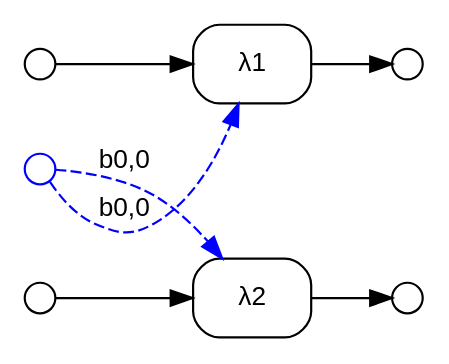
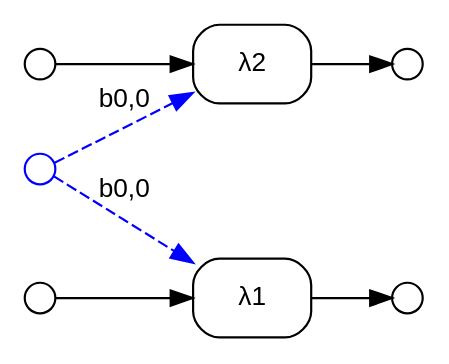
The diagram in safety_unsafe_bound_multiple_edges.dot (ammatsui/bhypvis), drawn with Graphviz before and after one commit. The commit also changed other lines of this file and 734 other files, not shown here.

```diff
--- a/safety_unsafe_bound_multiple_edges.dot
+++ b/safety_unsafe_bound_multiple_edges.dot
@@ -1,28 +1,28 @@
 digraph G {
   fontname="Helvetica"
   fontsize=12
   rankdir=LR;
   node [fontname="Helvetica", fontsize=12];
   edge [fontname="Helvetica", fontsize=12];
 
   // Nodes
+  n2 [label="", shape=circle, style=filled, fillcolor=white, color="black", width=0.2, height=0.2, fixedsize=true];
+  n0 [label="", shape=circle, style=filled, fillcolor=white, color="blue", width=0.2, height=0.2, fixedsize=true];
+  n3 [label="", shape=circle, style=filled, fillcolor=white, color="black", width=0.2, height=0.2, fixedsize=true];
+  n4 [label="", shape=circle, style=filled, fillcolor=white, color="black", width=0.2, height=0.2, fixedsize=true];
   n1 [label="", shape=circle, style=filled, fillcolor=white, color="black", width=0.2, height=0.2, fixedsize=true];
-  n2 [label="", shape=circle, style=filled, fillcolor=white, color="black", width=0.2, height=0.2, fixedsize=true];
-  n3 [label="", shape=circle, style=filled, fillcolor=white, color="black", width=0.2, height=0.2, fixedsize=true];
-  n0 [label="", shape=circle, style=filled, fillcolor=white, color="blue", width=0.2, height=0.2, fixedsize=true];
-  n4 [label="", shape=circle, style=filled, fillcolor=white, color="black", width=0.2, height=0.2, fixedsize=true];
 
   // Hyperedges
   e1 [label="λ2", shape=box, style=rounded, color="black"];
   e0 [label="λ1", shape=box, style=rounded, color="black"];
 
   // Source connections
   n2 -> e1 [label=""];
   n0 -> e1 [style=dashed, color="blue", constraint=false, label="b0,0"];
   n1 -> e0 [label=""];
   n0 -> e0 [style=dashed, color="blue", constraint=false, label="b0,0"];
 
   // Target connections
   e1 -> n4 [label=""];
   e0 -> n3 [label=""];
 }
```
